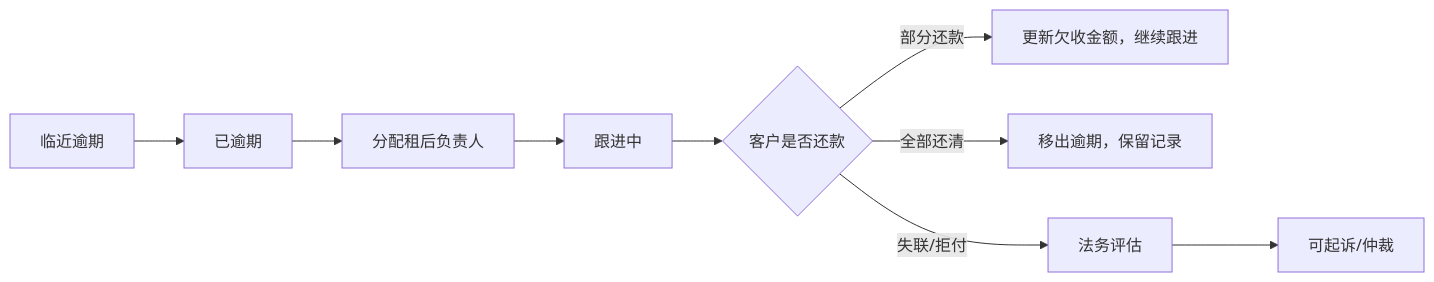
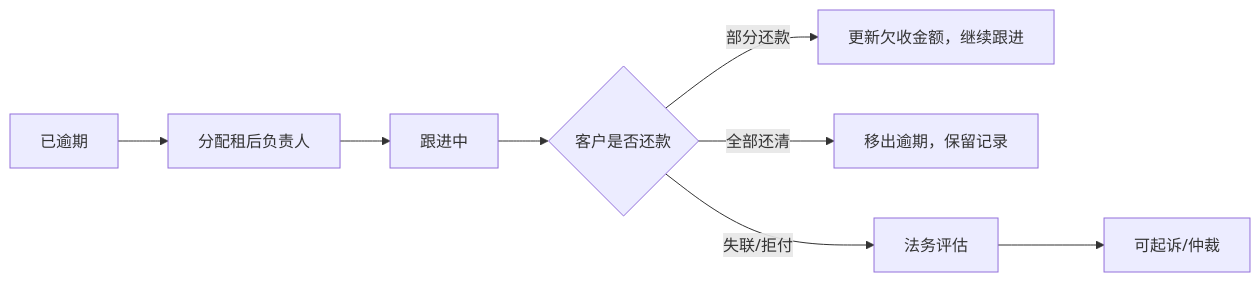
One commit to joezjyan-bot/mandian-prd changed the diagram in PRD/V0.2/modules/运营端/租后管理/01_租后催收管理.md. Above: the diagram before and after it, drawn with Mermaid. The commit also changed other lines of this file and 43 other files, not shown here.

````diff
--- a/PRD/V0.2/modules/运营端/租后管理/01_租后催收管理.md
+++ b/PRD/V0.2/modules/运营端/租后管理/01_租后催收管理.md
@@ -89,11 +71,10 @@
 ```mermaid
 flowchart LR
-    A["临近逾期"] --> B["已逾期"]
-    B --> C["分配租后负责人"]
+    A["已逾期"] --> C["分配租后负责人"]
     C --> D["跟进中"]
     D --> E{"客户是否还款"}
     E -->|部分还款| F["更新欠收金额，继续跟进"]
     E -->|全部还清| G["移出逾期，保留记录"]
     E -->|失联/拒付| H["法务评估"]
     H --> I["可起诉/仲裁"]
 ```
````
